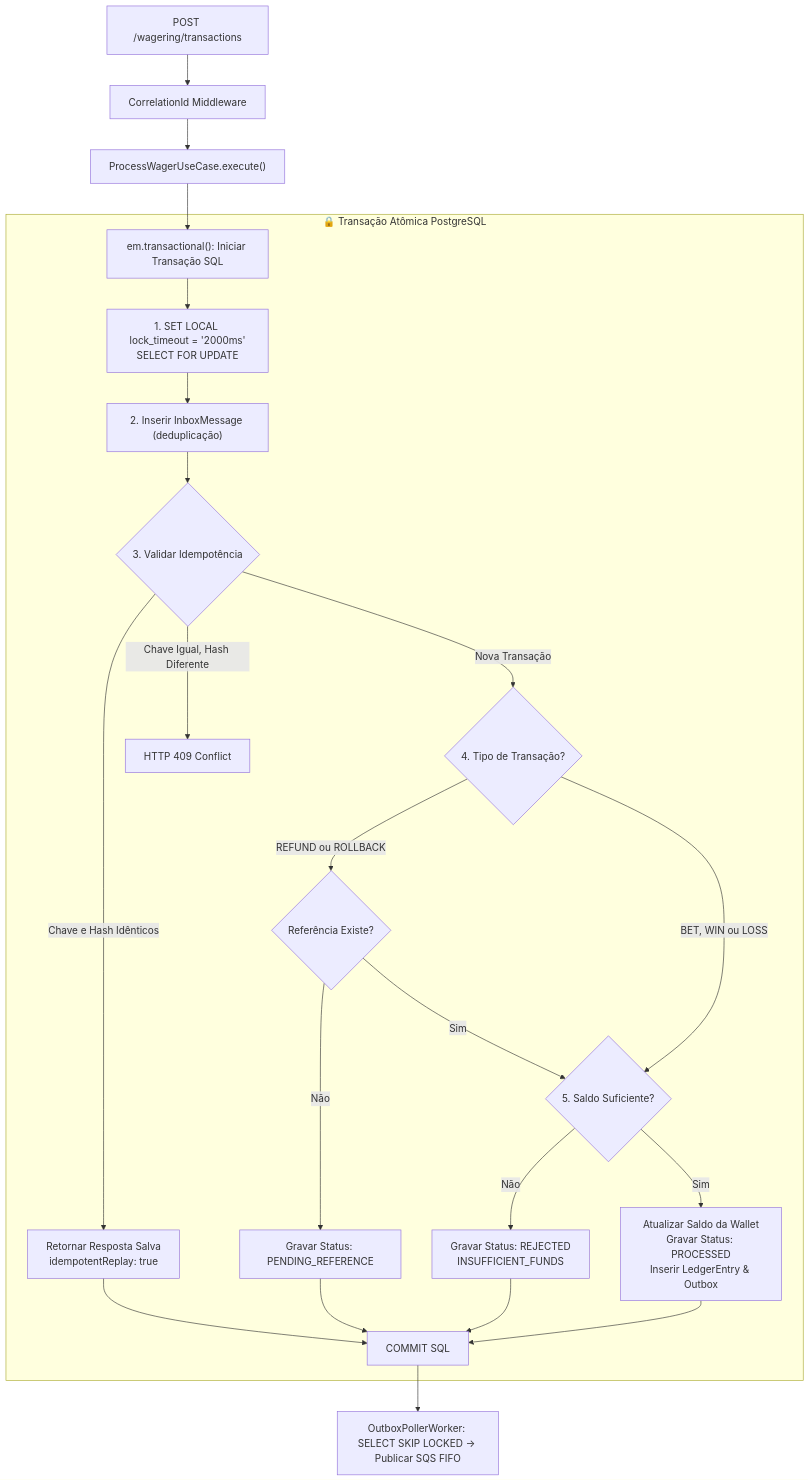
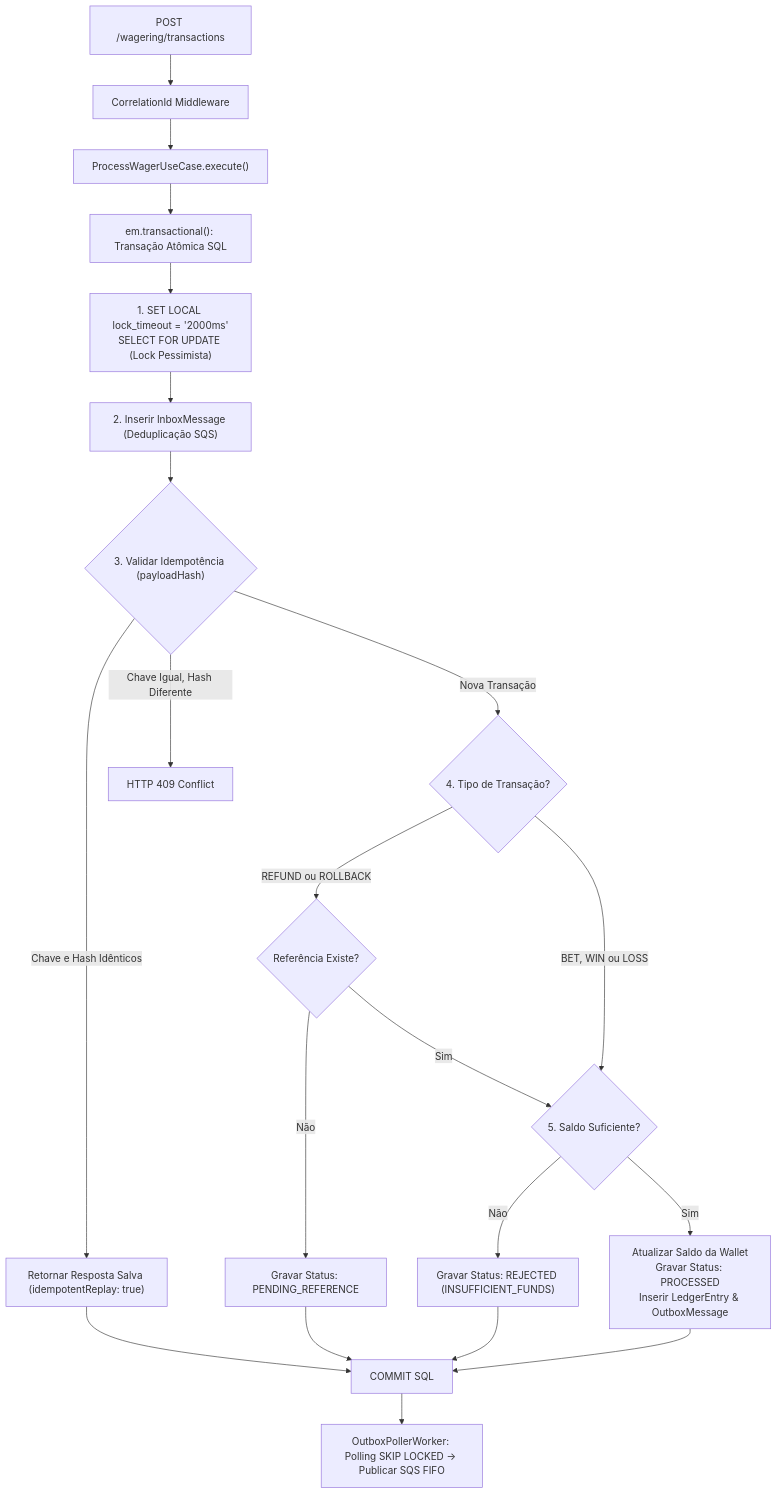
One commit to matheustheus27/DistributedWageringProcessor changed the second of 3 diagrams in docs/02-api-e-payloads.md. Above: the diagram before and after it, drawn with Mermaid. The commit also changed other lines of this file, not shown here.

Commit message:
docs: add API specification, payload definitions, and execution flows for wallet and wagering transactions

````diff
--- a/docs/02-api-e-payloads.md
+++ b/docs/02-api-e-payloads.md
@@ -126,32 +126,30 @@
 ```mermaid
 flowchart TD
     Req["POST /wagering/transactions"] --> Mid["CorrelationId Middleware"]
     Mid --> UseCase["ProcessWagerUseCase.execute()"]
-    UseCase --> Transaction["em.transactional(): Iniciar Transação SQL"]
+    UseCase --> Transaction["em.transactional(): Transação Atômica SQL"]
     
-    subgraph SQL[" 🔒 Transação Atômica PostgreSQL "]
-        Transaction --> Lock["1. SET LOCAL lock_timeout = '2000ms'\nSELECT FOR UPDATE"]
-        Lock --> Inbox["2. Inserir InboxMessage (deduplicação)"]
-        Inbox --> HashCheck{"3. Validar Idempotência"}
-        
-        HashCheck -->|Chave e Hash Idênticos| Replay["Retornar Resposta Salva\nidempotentReplay: true"]
-        HashCheck -->|Chave Igual, Hash Diferente| Conflict["HTTP 409 Conflict"]
-        HashCheck -->|Nova Transação| KindCheck{"4. Tipo de Transação?"}
-        
-        KindCheck -->|REFUND ou ROLLBACK| RefCheck{"Referência Existe?"}
-        RefCheck -->|Não| PendingRef["Gravar Status: PENDING_REFERENCE"]
-        RefCheck -->|Sim| BalanceCheck{"5. Saldo Suficiente?"}
-        
-        KindCheck -->|BET, WIN ou LOSS| BalanceCheck
-        
-        BalanceCheck -->|Não| Reject["Gravar Status: REJECTED\nINSUFFICIENT_FUNDS"]
-        BalanceCheck -->|Sim| Process["Atualizar Saldo da Wallet\nGravar Status: PROCESSED\nInserir LedgerEntry & Outbox"]
+    Transaction --> Lock["1. SET LOCAL lock_timeout = '2000ms'\nSELECT FOR UPDATE (Lock Pessimista)"]
+    Lock --> Inbox["2. Inserir InboxMessage (Deduplicação SQS)"]
+    Inbox --> HashCheck{"3. Validar Idempotência (payloadHash)"}
+    
+    HashCheck -->|Chave e Hash Idênticos| Replay["Retornar Resposta Salva (idempotentReplay: true)"]
+    HashCheck -->|Chave Igual, Hash Diferente| Conflict["HTTP 409 Conflict"]
+    HashCheck -->|Nova Transação| KindCheck{"4. Tipo de Transação?"}
+    
+    KindCheck -->|REFUND ou ROLLBACK| RefCheck{"Referência Existe?"}
+    RefCheck -->|Não| PendingRef["Gravar Status: PENDING_REFERENCE"]
+    RefCheck -->|Sim| BalanceCheck{"5. Saldo Suficiente?"}
+    
+    KindCheck -->|BET, WIN ou LOSS| BalanceCheck
+    
+    BalanceCheck -->|Não| Reject["Gravar Status: REJECTED (INSUFFICIENT_FUNDS)"]
+    BalanceCheck -->|Sim| Process["Atualizar Saldo da Wallet\nGravar Status: PROCESSED\nInserir LedgerEntry & OutboxMessage"]
 
-        Replay --> Commit["COMMIT SQL"]
-        Reject --> Commit
-        Process --> Commit
-        PendingRef --> Commit
-    end
-
-    Commit --> OutboxWorker["OutboxPollerWorker: SELECT SKIP LOCKED -> Publicar SQS FIFO"]
+    Replay --> Commit["COMMIT SQL"]
+    Reject --> Commit
+    Process --> Commit
+    PendingRef --> Commit
+    
+    Commit --> OutboxWorker["OutboxPollerWorker: Polling SKIP LOCKED -> Publicar SQS FIFO"]
 ```
````
